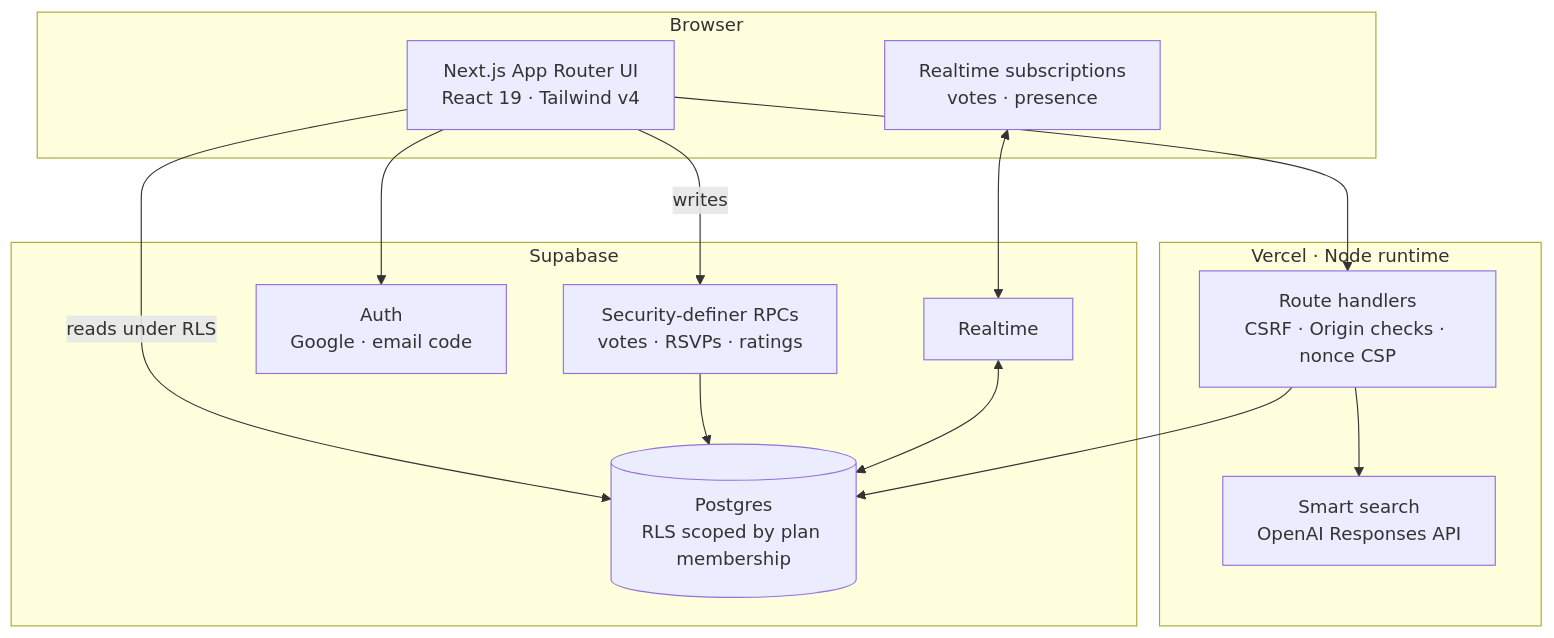
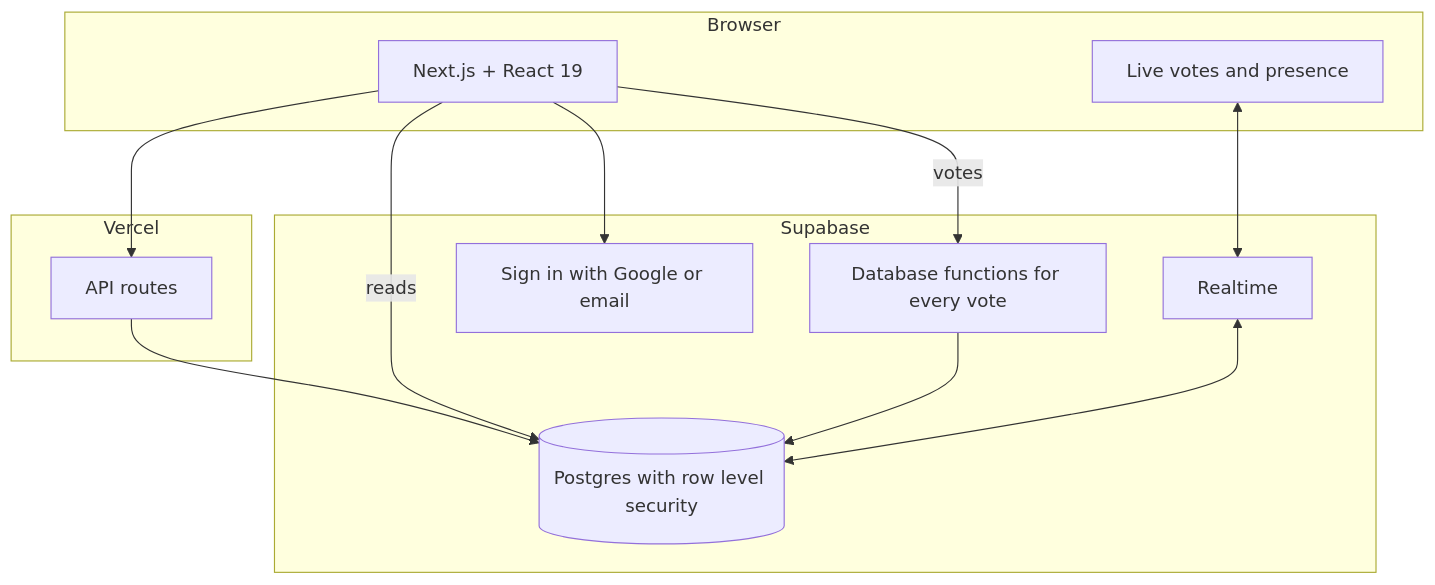
One commit to aryansajiv19/plan-ind changed the second of 2 diagrams in README.md. Above: the diagram before and after it, drawn with Mermaid. The commit also changed other lines of this file, not shown here.

````diff
--- a/README.md
+++ b/README.md
@@ -55,24 +65,21 @@
 ```mermaid
 flowchart TB
-    subgraph Client["Browser"]
-        UI[Next.js App Router UI<br/>React 19 · Tailwind v4]
-        RT[Realtime subscriptions<br/>votes · presence]
+    subgraph Browser
+        UI[Next.js + React 19]
+        LIVE[Live votes and presence]
     end
-    subgraph Vercel["Vercel · Node runtime"]
-        API[Route handlers<br/>CSRF · Origin checks · nonce CSP]
-        AI[Smart search<br/>OpenAI Responses API]
+    subgraph Vercel
+        API[API routes]
     end
     subgraph Supabase
-        PG[(Postgres<br/>RLS scoped by plan membership)]
-        RPC[Security-definer RPCs<br/>votes · RSVPs · ratings]
-        AUTH[Auth<br/>Google · email code]
-        RTS[Realtime]
+        DB[(Postgres with row level security)]
+        FN[Database functions for every vote]
+        AUTH[Sign in with Google or email]
+        RT[Realtime]
     end
-    UI --> API
-    UI -- reads under RLS --> PG
-    UI -- writes --> RPC --> PG
-    RT <--> RTS <--> PG
-    API --> PG
-    API --> AI
+    UI --> API --> DB
+    UI -- reads --> DB
+    UI -- votes --> FN --> DB
+    LIVE <--> RT <--> DB
     UI --> AUTH
 ```
````
